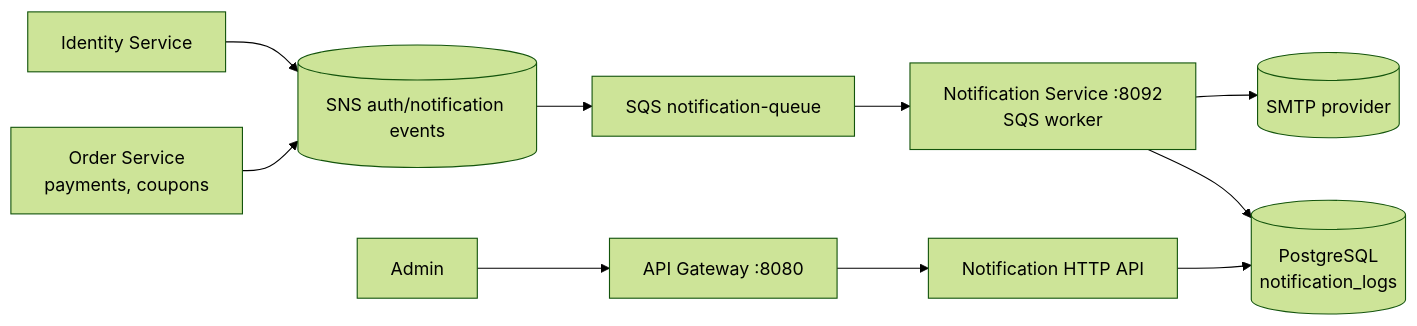
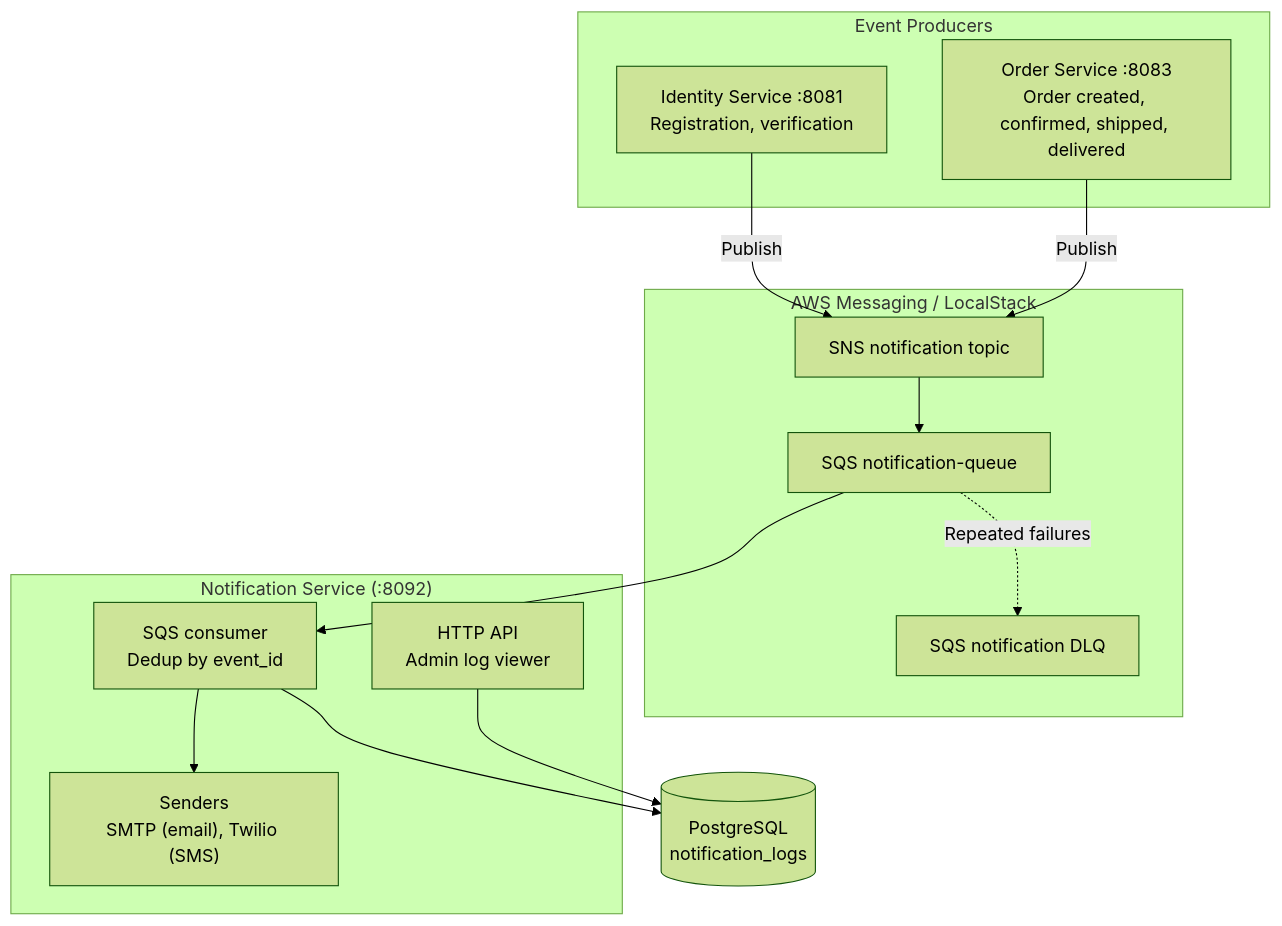
Before and after one commit to yashrajoria/E-Commerce-backend: the diagram in backend/services/notification-service/README.md, drawn with Mermaid (forest theme). The commit also changed other lines of this file and 11 other files, not shown here.

````diff
--- a/backend/services/notification-service/README.md
+++ b/backend/services/notification-service/README.md
@@ -17,12 +9,30 @@
 ```mermaid
-flowchart LR
-  Identity[Identity Service] --> Events[(SNS auth/notification events)]
-  Order[Order Service\npayments, coupons] --> Events
-  Events --> Queue[SQS notification-queue]
-  Queue --> Worker[Notification Service :8092\nSQS worker]
-  Worker --> SMTP[(SMTP provider)]
-  Worker --> PG[(PostgreSQL\nnotification_logs)]
-  Admin[Admin] --> Gateway[API Gateway :8080]
-  Gateway --> HTTP[Notification HTTP API]
+flowchart TD
+  subgraph Producers["Event Producers"]
+    Identity["Identity Service :8081<br/>Registration, verification"]
+    Order["Order Service :8083<br/>Order created, confirmed, shipped, delivered"]
+  end
+
+  subgraph Messaging["AWS Messaging / LocalStack"]
+    SNS["SNS notification topic"]
+    Queue["SQS notification-queue"]
+    DLQ["SQS notification DLQ"]
+  end
+
+  subgraph Service["Notification Service (:8092)"]
+    Worker["SQS consumer<br/>Dedup by event_id"]
+    Senders["Senders<br/>SMTP (email), Twilio (SMS)"]
+    HTTP["HTTP API<br/>Admin log viewer"]
+  end
+
+  PG[("PostgreSQL<br/>notification_logs")]
+
+  Identity -->|"Publish"| SNS
+  Order -->|"Publish"| SNS
+  SNS --> Queue
+  Queue --> Worker
+  Queue -.->|"Repeated failures"| DLQ
+  Worker --> Senders
+  Worker --> PG
   HTTP --> PG
 ```
````
